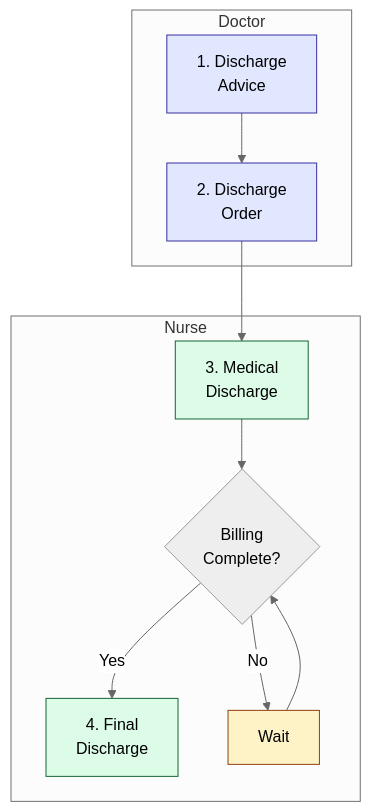
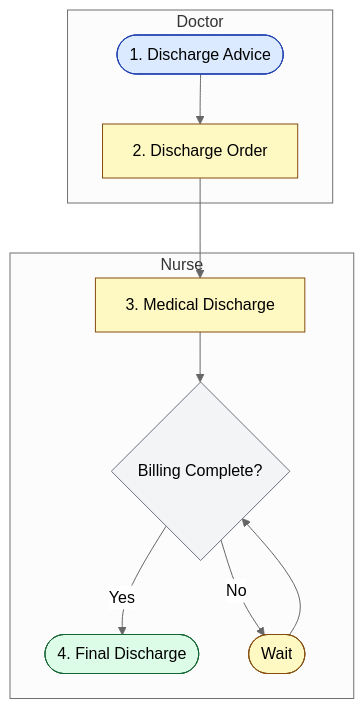
Before and after one commit to npnatt12/KMCH-HIS-Wiki: the diagram in public/charts/ipd-discharge-process.mmd, drawn with Mermaid (neutral theme). The commit also changed 96 other files, not shown here.

First line of the commit message:
feat(portal): Phase 2 complete — cheat sheets, charts, and routes

```diff
--- a/public/charts/ipd-discharge-process.mmd
+++ b/public/charts/ipd-discharge-process.mmd
@@ -1,16 +1,17 @@
 graph TB
-  subgraph Doctor
-    A[1. Discharge<br/>Advice] --> B[2. Discharge<br/>Order]
+  subgraph Doctor[Doctor]
+    A([1. Discharge Advice]) --> B[2. Discharge Order]
   end
-  subgraph Nurse
-    C[3. Medical<br/>Discharge] --> D{Billing<br/>Complete?}
-    D -->|Yes| E[4. Final<br/>Discharge]
-    D -->|No| F[Wait]
+  subgraph Nurse[Nurse]
+    C[3. Medical Discharge] --> D{Billing Complete?}
+    D -->|Yes| E([4. Final Discharge])
+    D -->|No| F([Wait])
     F --> D
   end
   B --> C
-  style A fill:#e0e7ff,stroke:#3730a3
-  style B fill:#e0e7ff,stroke:#3730a3
-  style C fill:#dcfce7,stroke:#166534
+  style A fill:#dbeafe,stroke:#1e40af
+  style B fill:#fef9c3,stroke:#854d0e
+  style C fill:#fef9c3,stroke:#854d0e
+  style D fill:#f3f4f6,stroke:#6b7280
   style E fill:#dcfce7,stroke:#166534
-  style F fill:#fef3c7,stroke:#92400e
+  style F fill:#fef9c3,stroke:#854d0e
```
